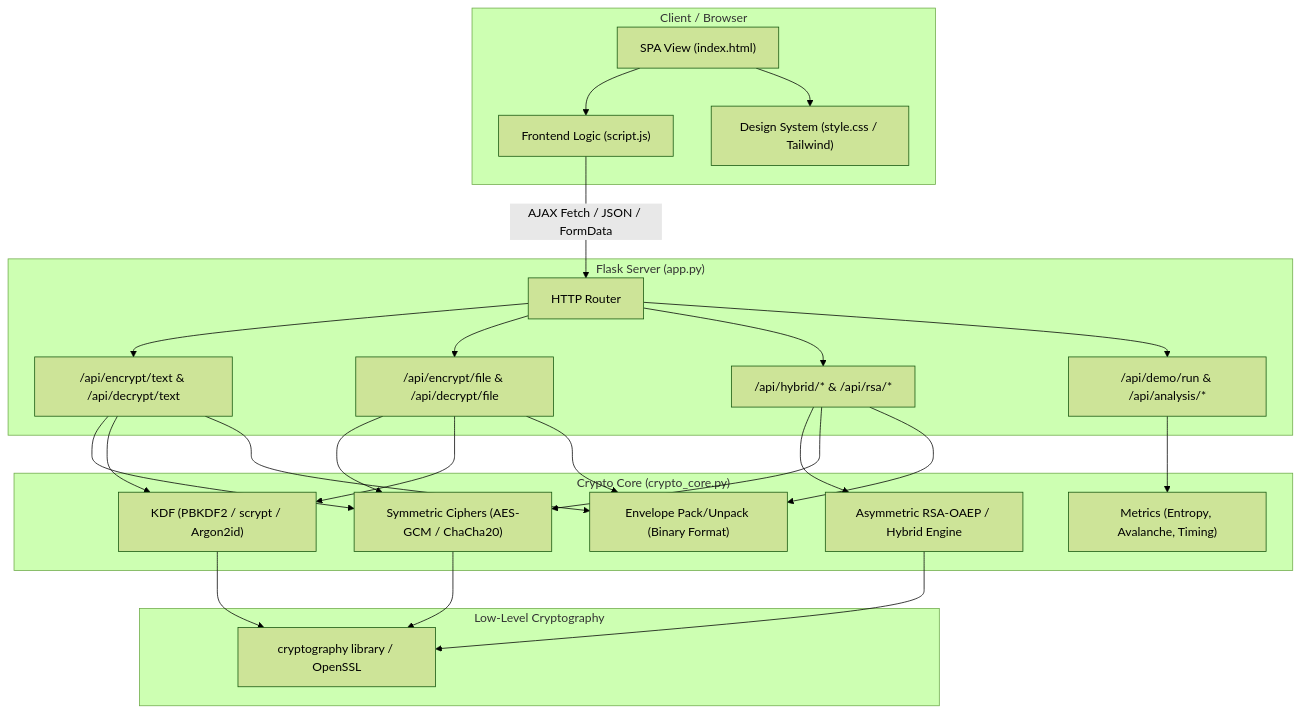
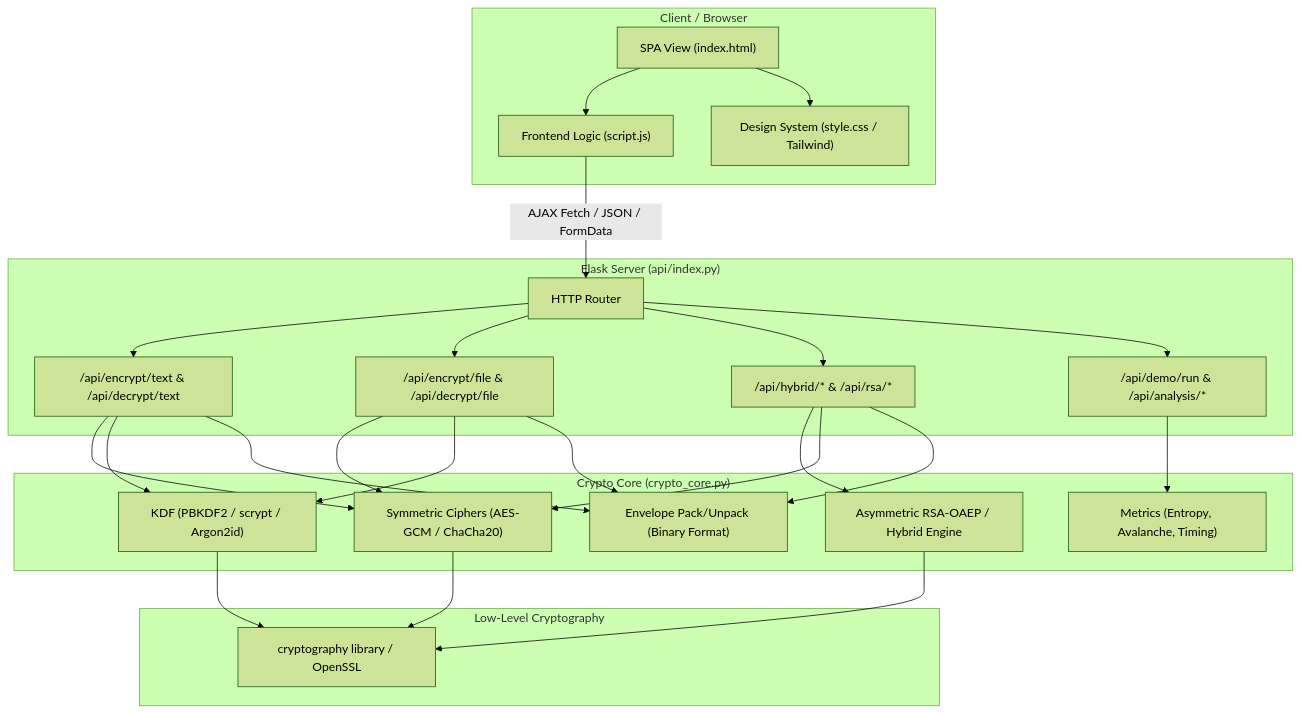
One commit to Discbrake023/cipherly-encryption changed the first of 3 diagrams in docs/architecture.md. Above: the diagram before and after it, drawn with Mermaid (forest theme). The commit also changed other lines of this file and 4 other files, not shown here.

Commit message:
Siapkan deploy Vercel: entrypoint api/index.py, rename run_dev.py, guardrail test

````diff
--- a/docs/architecture.md
+++ b/docs/architecture.md
@@ -19,41 +19,41 @@
 ```mermaid
 graph TD
     subgraph Client Layer ["Client / Browser"]
         UI["SPA View (index.html)"]
         Script["Frontend Logic (script.js)"]
         Style["Design System (style.css / Tailwind)"]
         UI --> Script
         UI --> Style
     end
 
-    subgraph Presentation & Routing Layer ["Flask Server (app.py)"]
+    subgraph Presentation & Routing Layer ["Flask Server (api/index.py)"]
         Router["HTTP Router"]
         APIText["/api/encrypt/text & /api/decrypt/text"]
         APIFile["/api/encrypt/file & /api/decrypt/file"]
         APIHybrid["/api/hybrid/* & /api/rsa/*"]
         APIDemo["/api/demo/run & /api/analysis/*"]
         Router --> APIText
         Router --> APIFile
         Router --> APIHybrid
         Router --> APIDemo
     end
 
     subgraph Core Domain Layer ["Crypto Core (crypto_core.py)"]
         EnvelopeParser["Envelope Pack/Unpack (Binary Format)"]
         SymEnc["Symmetric Ciphers (AES-GCM / ChaCha20)"]
         AsymEnc["Asymmetric RSA-OAEP / Hybrid Engine"]
         KDFEngine["KDF (PBKDF2 / scrypt / Argon2id)"]
         AnalysisTools["Metrics (Entropy, Avalanche, Timing)"]
     end
 
     subgraph Low-Level Cryptography
         PyCrypto["cryptography library / OpenSSL"]
     end
 
     Script -->|AJAX Fetch / JSON / FormData| Router
     APIText --> SymEnc & KDFEngine & EnvelopeParser
     APIFile --> SymEnc & KDFEngine & EnvelopeParser
     APIHybrid --> AsymEnc & SymEnc & EnvelopeParser
     APIDemo --> AnalysisTools
     SymEnc & AsymEnc & KDFEngine --> PyCrypto
 ```
````
